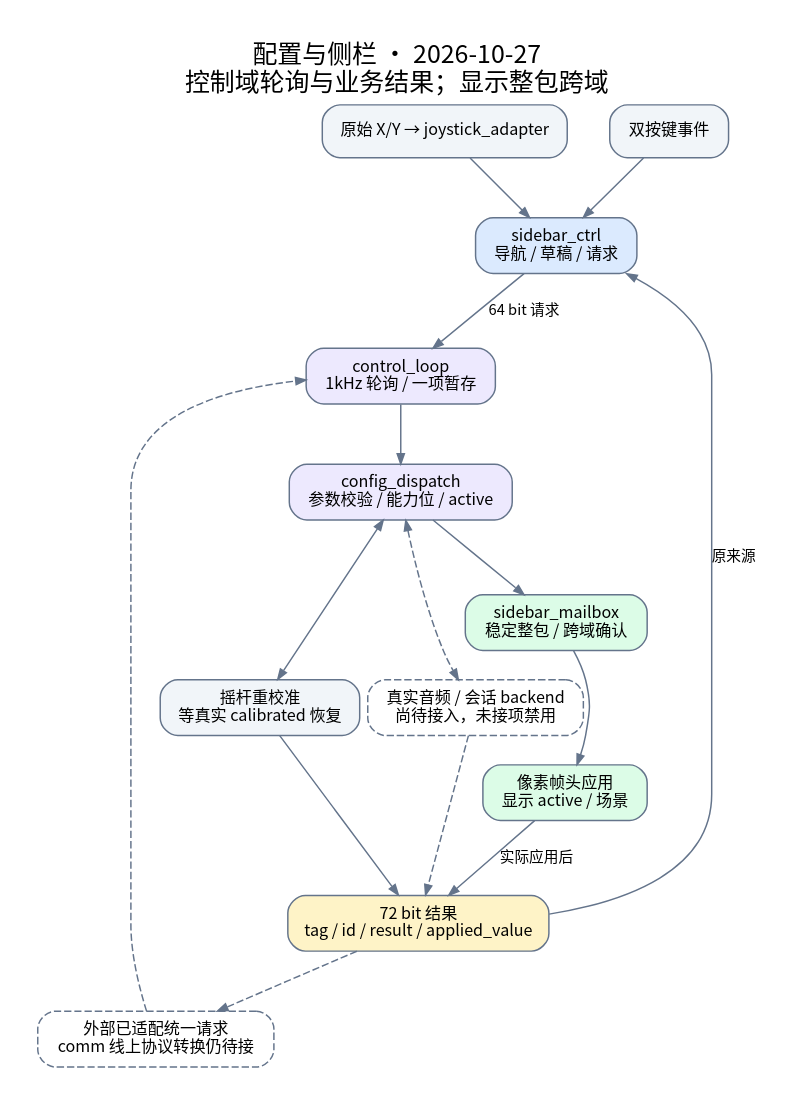
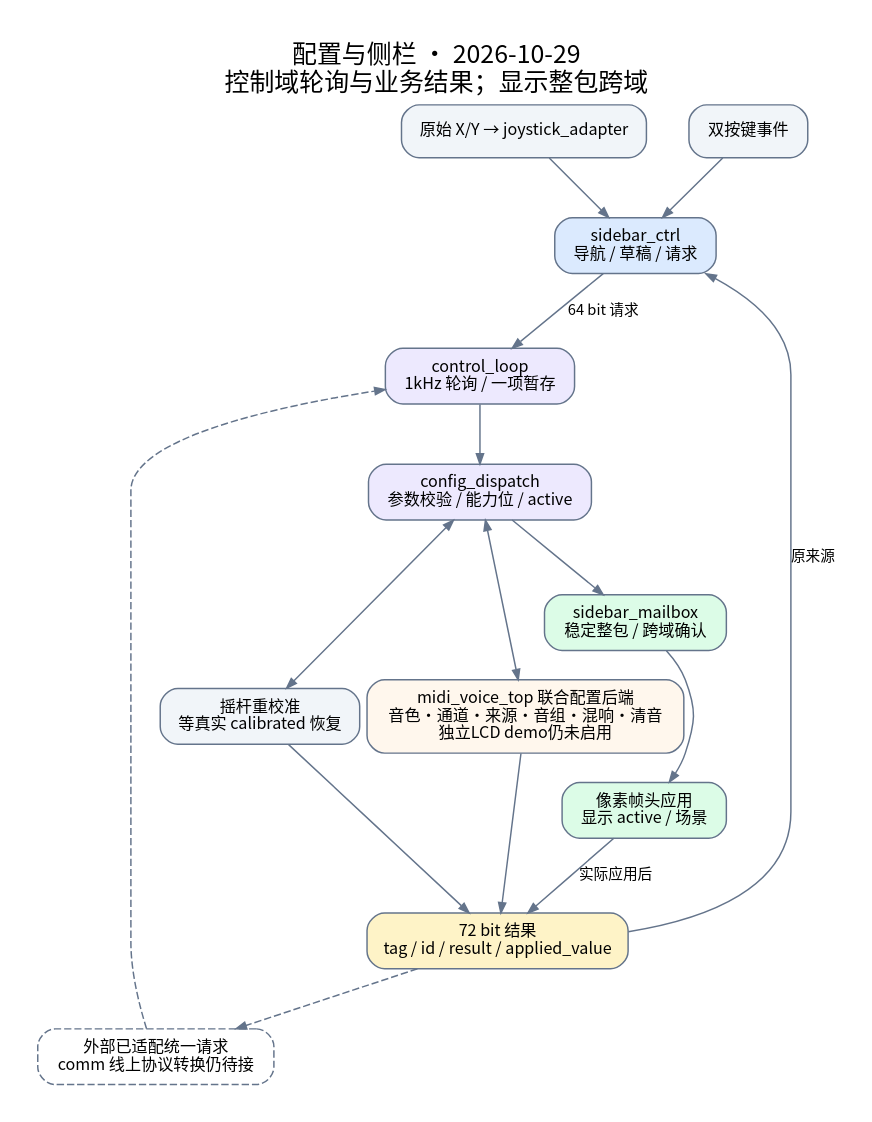
The diagram in docs/diagrams/router_control_flow.dot (rubbishbro/FPGA_IDC_2026), drawn with Graphviz before and after one commit. The commit also changed 64 other files, not shown here.

```diff
--- a/docs/diagrams/router_control_flow.dot
+++ b/docs/diagrams/router_control_flow.dot
@@ -1,22 +1,22 @@
 // 当前结构；不在图内维护 PASS/Fmax，结果见文档维护与验证。
 digraph router_control_flow {
 graph [fontname="Noto Sans CJK SC",fontsize=17,rankdir=TB,nodesep=0.4,ranksep=0.55,bgcolor="white",pad=0.25];
 node [shape=box,style="rounded,filled",fontname="Noto Sans CJK SC",fontsize=11,margin="0.16,0.10",color="#64748b",fillcolor="#f1f5f9"];
 edge [fontname="Noto Sans CJK SC",fontsize=10,color="#64748b",arrowsize=0.7];
 
-label="配置与侧栏 · 2026-10-27\n控制域轮询与业务结果；显示整包跨域";labelloc=t;
+label="配置与侧栏 · 2026-10-29\n控制域轮询与业务结果；显示整包跨域";labelloc=t;
 joy [label="原始 X/Y → joystick_adapter"];
 key [label="双按键事件"];
 ui [label="sidebar_ctrl\n导航 / 草稿 / 请求",fillcolor="#dbeafe"];
 ext [label="外部已适配统一请求\ncomm 线上协议转换仍待接",style="rounded,dashed"];
 loop [label="control_loop\n1kHz 轮询 / 一项暂存",fillcolor="#ede9fe"];
 cfg [label="config_dispatch\n参数校验 / 能力位 / active",fillcolor="#ede9fe"];
 cal [label="摇杆重校准\n等真实 calibrated 恢复"];
-backend [label="真实音频 / 会话 backend\n尚待接入，未接项禁用",style="rounded,dashed",fillcolor="#fff7ed"];
+backend [label="midi_voice_top 联合配置后端\n音色·通道·来源·音组·混响·清音\n独立LCD demo仍未启用",fillcolor="#fff7ed"];
 mail [label="sidebar_mailbox\n稳定整包 / 跨域确认",fillcolor="#dcfce7"];
 frame [label="像素帧头应用\n显示 active / 场景",fillcolor="#dcfce7"];
 rsp [label="72 bit 结果\ntag / id / result / applied_value",fillcolor="#fef3c7"];
 joy -> ui;key -> ui;ui -> loop [label="64 bit 请求"];ext -> loop [style=dashed];loop -> cfg;
-cfg -> cal [dir=both];cfg -> backend [dir=both,style=dashed];cfg -> mail;mail -> frame;
-frame -> rsp [label="实际应用后"];cal -> rsp;backend -> rsp [style=dashed];rsp -> ui [label="原来源"];rsp -> ext [style=dashed];
+cfg -> cal [dir=both];cfg -> backend [dir=both];cfg -> mail;mail -> frame;
+frame -> rsp [label="实际应用后"];cal -> rsp;backend -> rsp;rsp -> ui [label="原来源"];rsp -> ext [style=dashed];
 }
```
